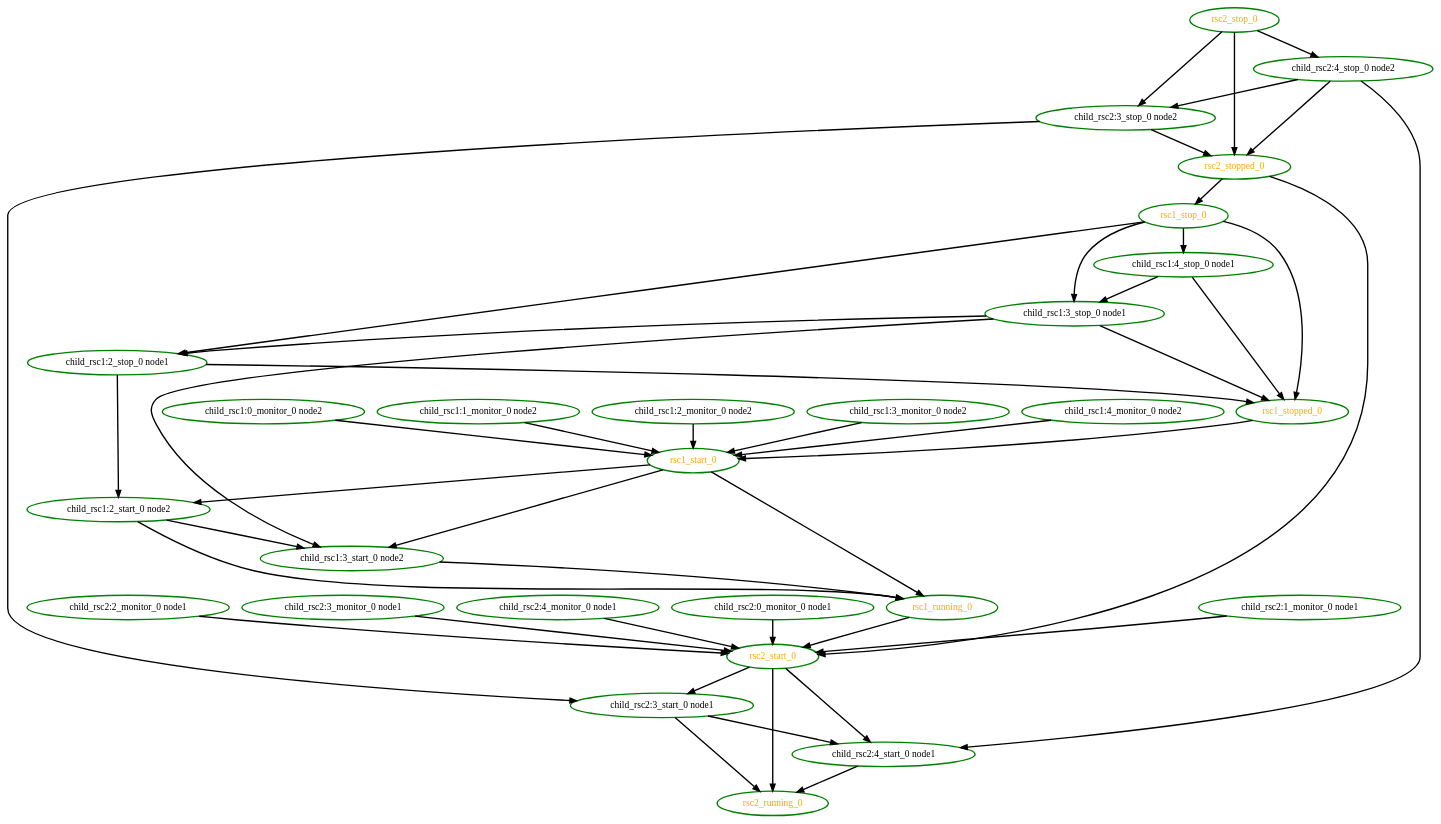
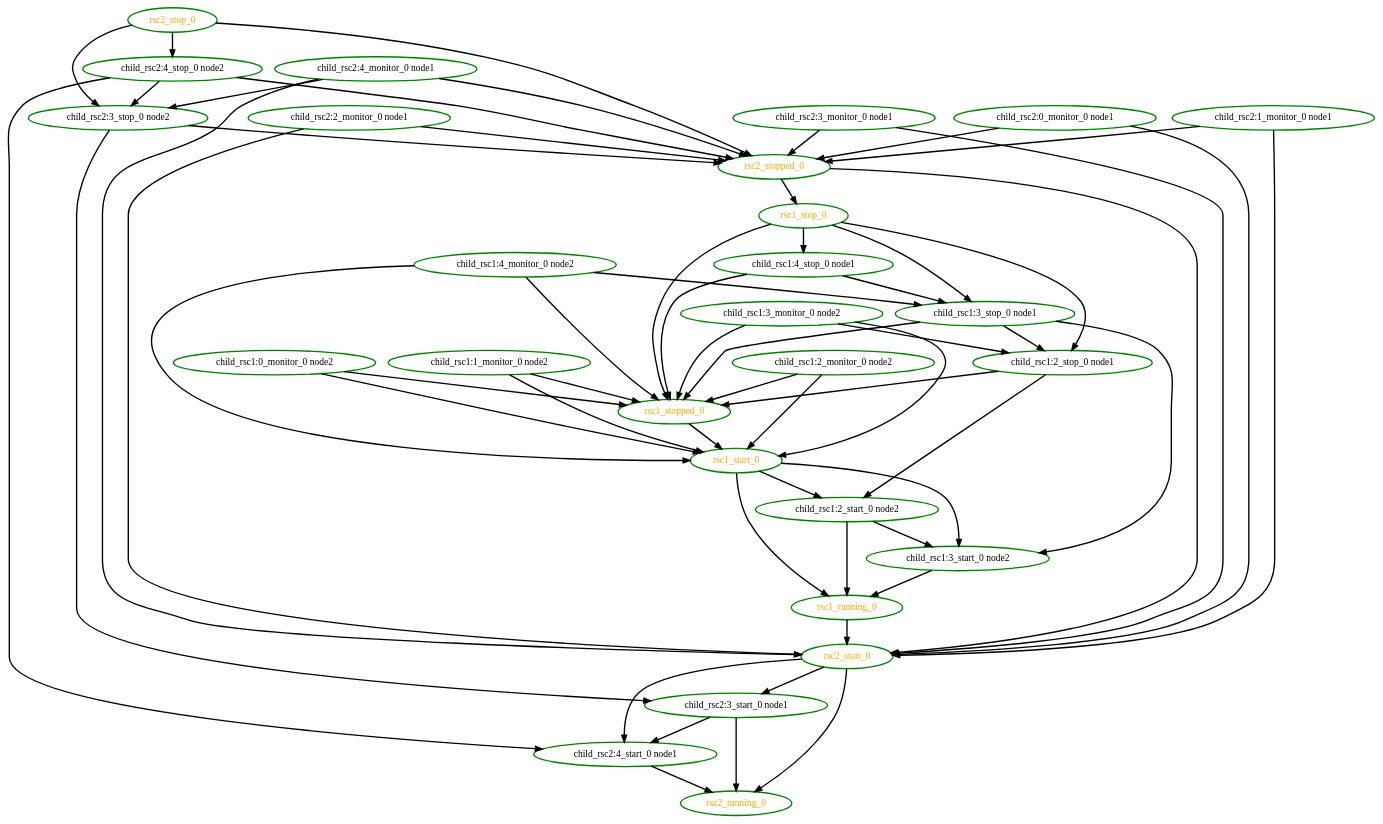
Before and after one commit to ClusterLabs/pacemaker: the diagram in cts/scheduler/inc4.dot, drawn with Graphviz. The commit also changed 82 other files, not shown here.

```diff
--- a/cts/scheduler/inc4.dot
+++ b/cts/scheduler/inc4.dot
@@ -1,74 +1,87 @@
  digraph "g" {
 "child_rsc1:0_monitor_0 node2" -> "rsc1_start_0" [ style = bold]
+"child_rsc1:0_monitor_0 node2" -> "rsc1_stopped_0" [ style = bold]
 "child_rsc1:0_monitor_0 node2" [ style=bold color="green" fontcolor="black" ]
 "child_rsc1:1_monitor_0 node2" -> "rsc1_start_0" [ style = bold]
+"child_rsc1:1_monitor_0 node2" -> "rsc1_stopped_0" [ style = bold]
 "child_rsc1:1_monitor_0 node2" [ style=bold color="green" fontcolor="black" ]
 "child_rsc1:2_monitor_0 node2" -> "rsc1_start_0" [ style = bold]
+"child_rsc1:2_monitor_0 node2" -> "rsc1_stopped_0" [ style = bold]
 "child_rsc1:2_monitor_0 node2" [ style=bold color="green" fontcolor="black" ]
 "child_rsc1:2_start_0 node2" -> "child_rsc1:3_start_0 node2" [ style = bold]
 "child_rsc1:2_start_0 node2" -> "rsc1_running_0" [ style = bold]
 "child_rsc1:2_start_0 node2" [ style=bold color="green" fontcolor="black" ]
 "child_rsc1:2_stop_0 node1" -> "child_rsc1:2_start_0 node2" [ style = bold]
 "child_rsc1:2_stop_0 node1" -> "rsc1_stopped_0" [ style = bold]
 "child_rsc1:2_stop_0 node1" [ style=bold color="green" fontcolor="black" ]
+"child_rsc1:3_monitor_0 node2" -> "child_rsc1:2_stop_0 node1" [ style = bold]
 "child_rsc1:3_monitor_0 node2" -> "rsc1_start_0" [ style = bold]
+"child_rsc1:3_monitor_0 node2" -> "rsc1_stopped_0" [ style = bold]
 "child_rsc1:3_monitor_0 node2" [ style=bold color="green" fontcolor="black" ]
 "child_rsc1:3_start_0 node2" -> "rsc1_running_0" [ style = bold]
 "child_rsc1:3_start_0 node2" [ style=bold color="green" fontcolor="black" ]
 "child_rsc1:3_stop_0 node1" -> "child_rsc1:2_stop_0 node1" [ style = bold]
 "child_rsc1:3_stop_0 node1" -> "child_rsc1:3_start_0 node2" [ style = bold]
 "child_rsc1:3_stop_0 node1" -> "rsc1_stopped_0" [ style = bold]
 "child_rsc1:3_stop_0 node1" [ style=bold color="green" fontcolor="black" ]
+"child_rsc1:4_monitor_0 node2" -> "child_rsc1:3_stop_0 node1" [ style = bold]
 "child_rsc1:4_monitor_0 node2" -> "rsc1_start_0" [ style = bold]
+"child_rsc1:4_monitor_0 node2" -> "rsc1_stopped_0" [ style = bold]
 "child_rsc1:4_monitor_0 node2" [ style=bold color="green" fontcolor="black" ]
 "child_rsc1:4_stop_0 node1" -> "child_rsc1:3_stop_0 node1" [ style = bold]
 "child_rsc1:4_stop_0 node1" -> "rsc1_stopped_0" [ style = bold]
 "child_rsc1:4_stop_0 node1" [ style=bold color="green" fontcolor="black" ]
 "child_rsc2:0_monitor_0 node1" -> "rsc2_start_0" [ style = bold]
+"child_rsc2:0_monitor_0 node1" -> "rsc2_stopped_0" [ style = bold]
 "child_rsc2:0_monitor_0 node1" [ style=bold color="green" fontcolor="black" ]
 "child_rsc2:1_monitor_0 node1" -> "rsc2_start_0" [ style = bold]
+"child_rsc2:1_monitor_0 node1" -> "rsc2_stopped_0" [ style = bold]
 "child_rsc2:1_monitor_0 node1" [ style=bold color="green" fontcolor="black" ]
 "child_rsc2:2_monitor_0 node1" -> "rsc2_start_0" [ style = bold]
+"child_rsc2:2_monitor_0 node1" -> "rsc2_stopped_0" [ style = bold]
 "child_rsc2:2_monitor_0 node1" [ style=bold color="green" fontcolor="black" ]
 "child_rsc2:3_monitor_0 node1" -> "rsc2_start_0" [ style = bold]
+"child_rsc2:3_monitor_0 node1" -> "rsc2_stopped_0" [ style = bold]
 "child_rsc2:3_monitor_0 node1" [ style=bold color="green" fontcolor="black" ]
 "child_rsc2:3_start_0 node1" -> "child_rsc2:4_start_0 node1" [ style = bold]
 "child_rsc2:3_start_0 node1" -> "rsc2_running_0" [ style = bold]
 "child_rsc2:3_start_0 node1" [ style=bold color="green" fontcolor="black" ]
 "child_rsc2:3_stop_0 node2" -> "child_rsc2:3_start_0 node1" [ style = bold]
 "child_rsc2:3_stop_0 node2" -> "rsc2_stopped_0" [ style = bold]
 "child_rsc2:3_stop_0 node2" [ style=bold color="green" fontcolor="black" ]
+"child_rsc2:4_monitor_0 node1" -> "child_rsc2:3_stop_0 node2" [ style = bold]
 "child_rsc2:4_monitor_0 node1" -> "rsc2_start_0" [ style = bold]
+"child_rsc2:4_monitor_0 node1" -> "rsc2_stopped_0" [ style = bold]
 "child_rsc2:4_monitor_0 node1" [ style=bold color="green" fontcolor="black" ]
 "child_rsc2:4_start_0 node1" -> "rsc2_running_0" [ style = bold]
 "child_rsc2:4_start_0 node1" [ style=bold color="green" fontcolor="black" ]
 "child_rsc2:4_stop_0 node2" -> "child_rsc2:3_stop_0 node2" [ style = bold]
 "child_rsc2:4_stop_0 node2" -> "child_rsc2:4_start_0 node1" [ style = bold]
 "child_rsc2:4_stop_0 node2" -> "rsc2_stopped_0" [ style = bold]
 "child_rsc2:4_stop_0 node2" [ style=bold color="green" fontcolor="black" ]
 "rsc1_running_0" -> "rsc2_start_0" [ style = bold]
 "rsc1_running_0" [ style=bold color="green" fontcolor="orange" ]
 "rsc1_start_0" -> "child_rsc1:2_start_0 node2" [ style = bold]
 "rsc1_start_0" -> "child_rsc1:3_start_0 node2" [ style = bold]
 "rsc1_start_0" -> "rsc1_running_0" [ style = bold]
 "rsc1_start_0" [ style=bold color="green" fontcolor="orange" ]
 "rsc1_stop_0" -> "child_rsc1:2_stop_0 node1" [ style = bold]
 "rsc1_stop_0" -> "child_rsc1:3_stop_0 node1" [ style = bold]
 "rsc1_stop_0" -> "child_rsc1:4_stop_0 node1" [ style = bold]
 "rsc1_stop_0" -> "rsc1_stopped_0" [ style = bold]
 "rsc1_stop_0" [ style=bold color="green" fontcolor="orange" ]
 "rsc1_stopped_0" -> "rsc1_start_0" [ style = bold]
 "rsc1_stopped_0" [ style=bold color="green" fontcolor="orange" ]
 "rsc2_running_0" [ style=bold color="green" fontcolor="orange" ]
 "rsc2_start_0" -> "child_rsc2:3_start_0 node1" [ style = bold]
 "rsc2_start_0" -> "child_rsc2:4_start_0 node1" [ style = bold]
 "rsc2_start_0" -> "rsc2_running_0" [ style = bold]
 "rsc2_start_0" [ style=bold color="green" fontcolor="orange" ]
 "rsc2_stop_0" -> "child_rsc2:3_stop_0 node2" [ style = bold]
 "rsc2_stop_0" -> "child_rsc2:4_stop_0 node2" [ style = bold]
 "rsc2_stop_0" -> "rsc2_stopped_0" [ style = bold]
 "rsc2_stop_0" [ style=bold color="green" fontcolor="orange" ]
 "rsc2_stopped_0" -> "rsc1_stop_0" [ style = bold]
 "rsc2_stopped_0" -> "rsc2_start_0" [ style = bold]
 "rsc2_stopped_0" [ style=bold color="green" fontcolor="orange" ]
 }
```
